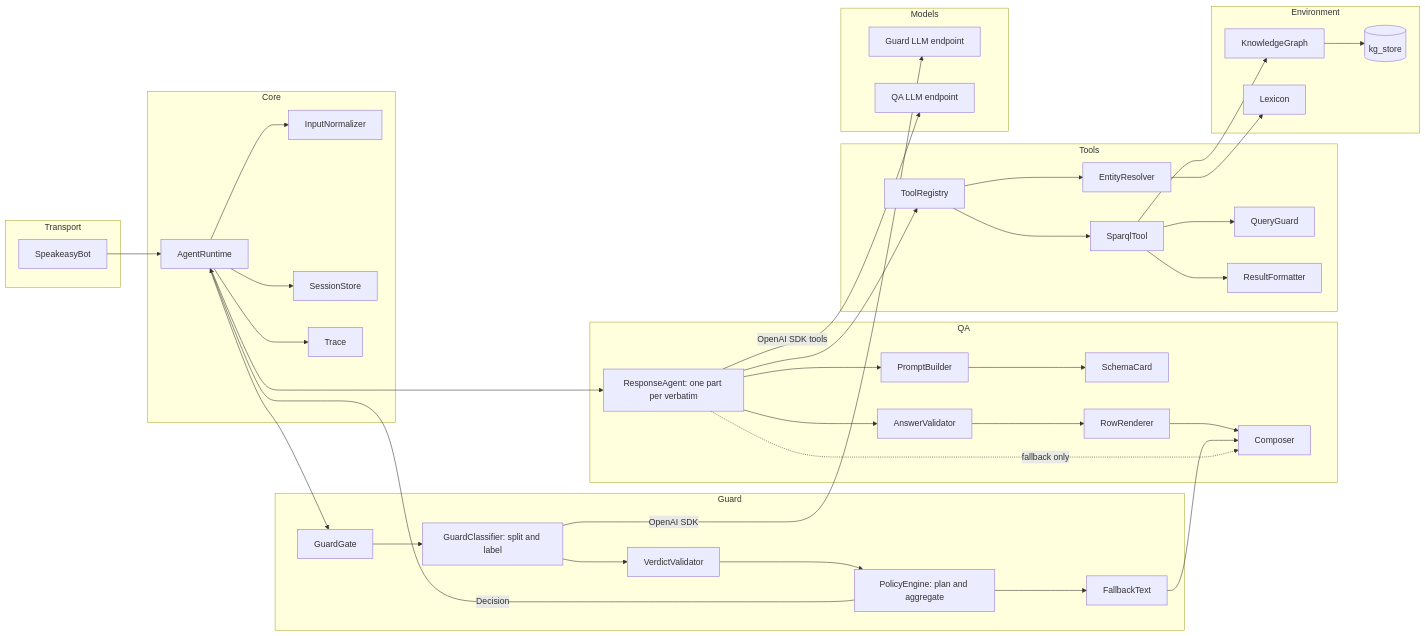
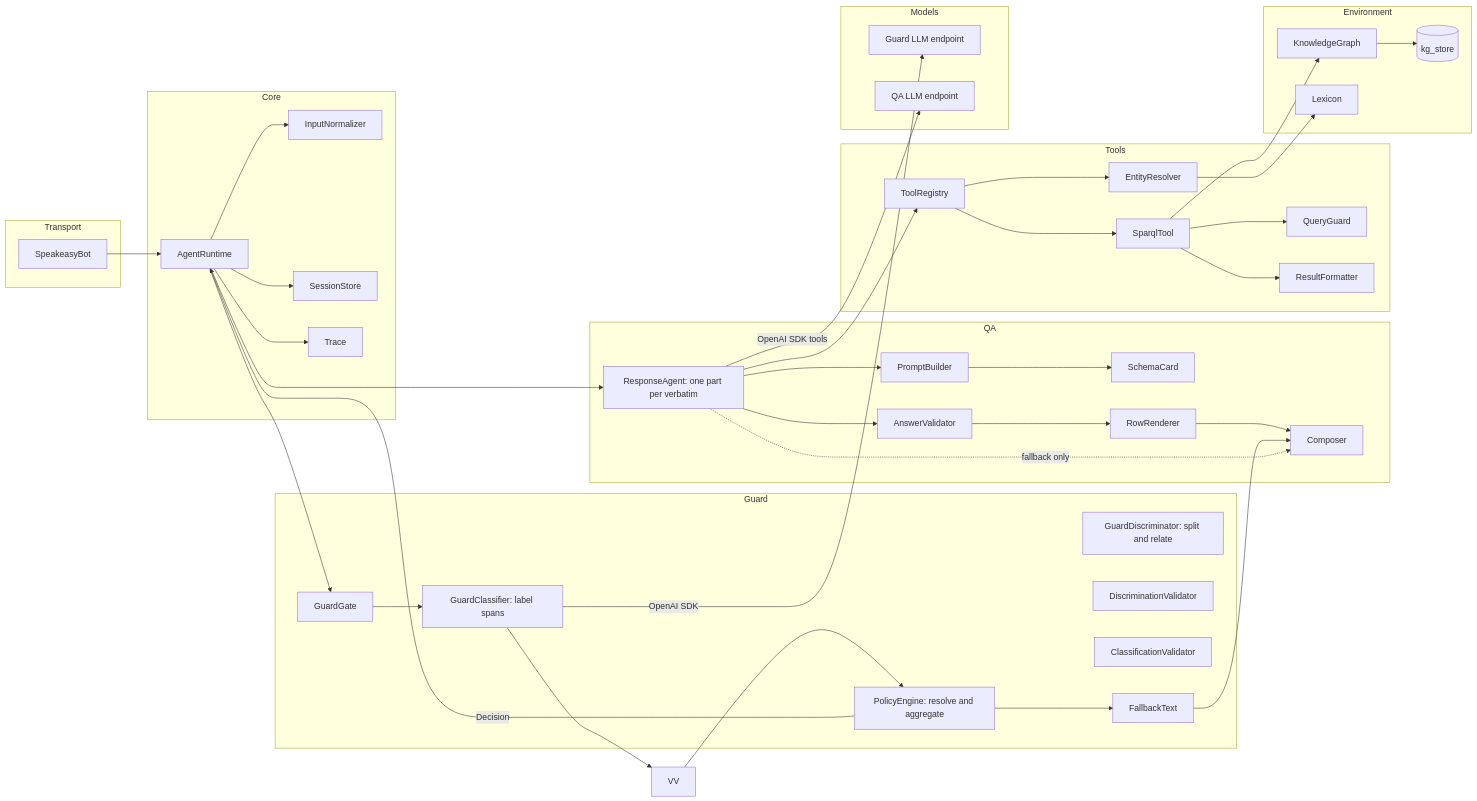
Before and after one commit to Diekgbbtt/chat-agent: the third of 7 diagrams in docs/design/stage3-llm-centric/REPORT.md, drawn with Mermaid. The commit also changed other lines of this file and 107 other files, not shown here.

````diff
--- a/docs/design/stage3-llm-centric/REPORT.md
+++ b/docs/design/stage3-llm-centric/REPORT.md
@@ -255,78 +257,80 @@
 ```mermaid
 flowchart LR
     subgraph Transport
         B[SpeakeasyBot]
     end
 
     subgraph Core
         R[AgentRuntime]
         N[InputNormalizer]
         SS[SessionStore]
         TR[Trace]
     end
 
     subgraph Guard
         GG[GuardGate]
-        GC["GuardClassifier: split and label"]
-        VV[VerdictValidator]
-        PE["PolicyEngine: plan and aggregate"]
+        GD["GuardDiscriminator: split and relate"]
+        GC["GuardClassifier: label spans"]
+        DV[DiscriminationValidator]
+        CV[ClassificationValidator]
+        PE["PolicyEngine: resolve and aggregate"]
         FT[FallbackText]
     end
 
     subgraph QA
         RA["ResponseAgent: one part per verbatim"]
         PB[PromptBuilder]
         SC[SchemaCard]
         AV[AnswerValidator]
         RR[RowRenderer]
         CO[Composer]
     end
 
     subgraph Tools
         RG[ToolRegistry]
         ER[EntityResolver]
         QT[SparqlTool]
         QG[QueryGuard]
         RF[ResultFormatter]
     end
 
     subgraph Environment
         KG[KnowledgeGraph]
         LX[Lexicon]
         DB[(kg_store)]
     end
 
     subgraph Models
         GM[Guard LLM endpoint]
         QM[QA LLM endpoint]
     end
 
     B --> R
     R --> N
     R --> SS
     R --> TR
     R --> GG
     GG --> GC
     GC -->|OpenAI SDK| GM
     GC --> VV
     VV --> PE
     PE --> FT
     PE -->|Decision| R
     R --> RA
     RA -->|OpenAI SDK tools| QM
     RA --> PB
     PB --> SC
     RA --> RG
     RG --> ER
     RG --> QT
     QT --> QG
     QT --> RF
     ER --> LX
     QT --> KG
     KG --> DB
     RA --> AV
     AV --> RR
     RR --> CO
     FT --> CO
     RA -.->|fallback only| CO
 ```
````
